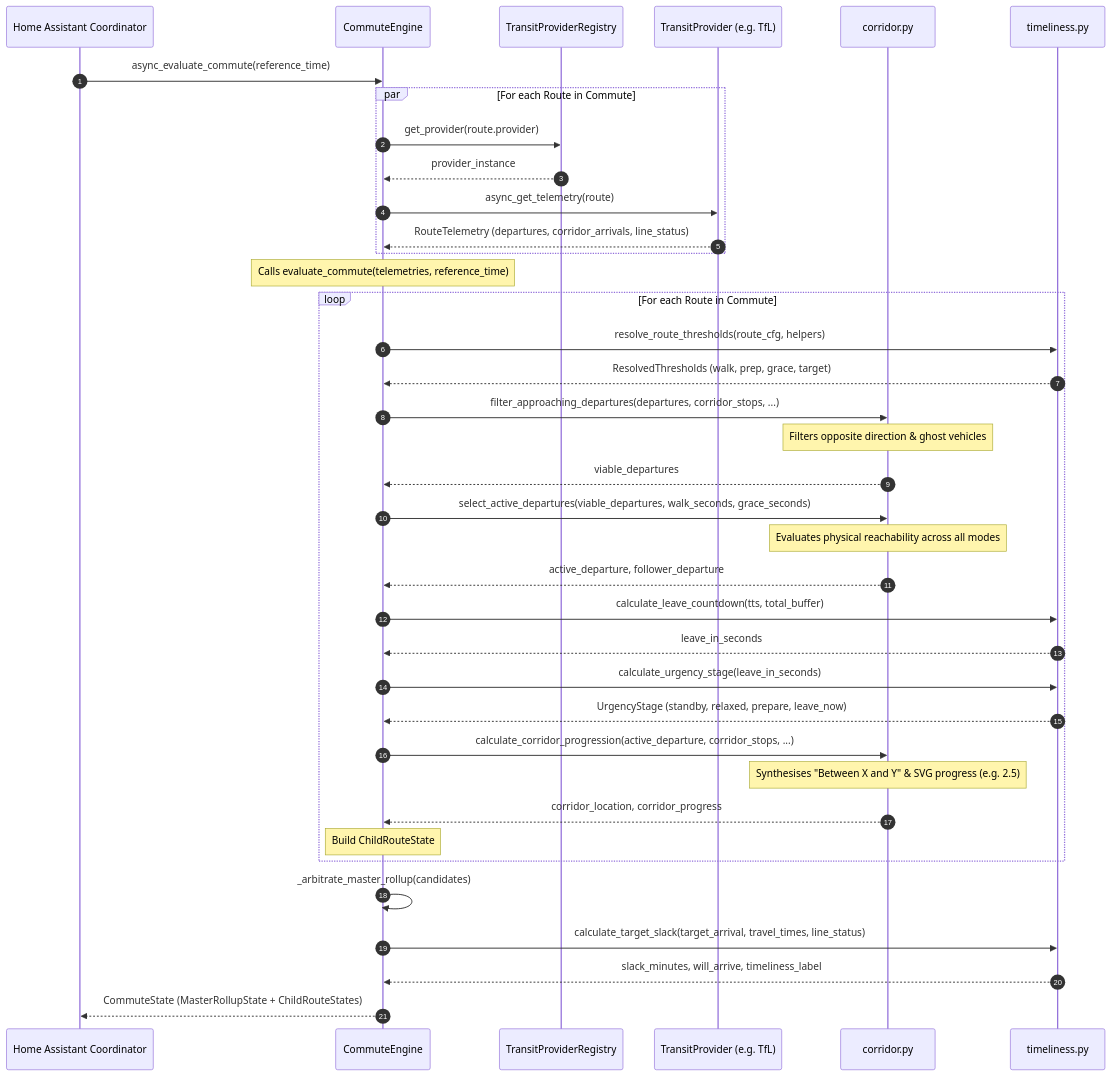
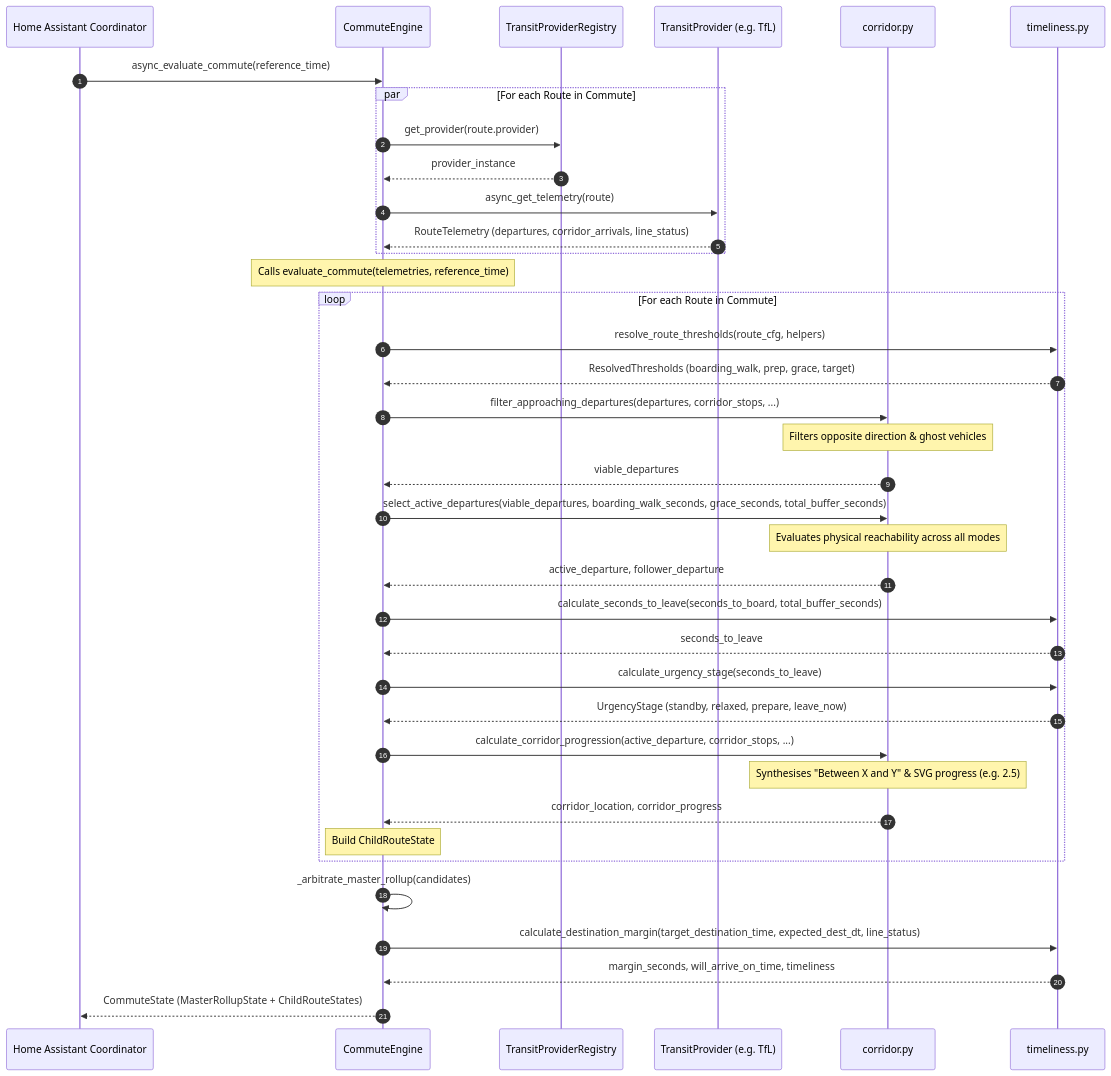
One commit to marcelkornblum/ha-commute-tracker changed the diagram in docs/control-flow.md. Above: the diagram before and after it, drawn with Mermaid. The commit also changed other lines of this file and 35 other files, not shown here.

````diff
--- a/docs/control-flow.md
+++ b/docs/control-flow.md
@@ -9,52 +9,52 @@
 ```mermaid
 sequenceDiagram
     autonumber
     participant HA as Home Assistant Coordinator
     participant Eng as CommuteEngine
     participant Reg as TransitProviderRegistry
     participant Prov as TransitProvider (e.g. TfL)
     participant Corr as corridor.py
     participant Time as timeliness.py
 
     HA->>Eng: async_evaluate_commute(reference_time)
 
     par For each Route in Commute
         Eng->>Reg: get_provider(route.provider)
         Reg-->>Eng: provider_instance
         Eng->>Prov: async_get_telemetry(route)
         Prov-->>Eng: RouteTelemetry (departures, corridor_arrivals, line_status)
     end
 
     Note over Eng: Calls evaluate_commute(telemetries, reference_time)
 
     loop For each Route in Commute
         Eng->>Time: resolve_route_thresholds(route_cfg, helpers)
-        Time-->>Eng: ResolvedThresholds (walk, prep, grace, target)
+        Time-->>Eng: ResolvedThresholds (boarding_walk, prep, grace, target)
 
         Eng->>Corr: filter_approaching_departures(departures, corridor_stops, ...)
         Note over Corr: Filters opposite direction & ghost vehicles
         Corr-->>Eng: viable_departures
 
-        Eng->>Corr: select_active_departures(viable_departures, walk_seconds, grace_seconds)
+        Eng->>Corr: select_active_departures(viable_departures, boarding_walk_seconds, grace_seconds, total_buffer_seconds)
         Note over Corr: Evaluates physical reachability across all modes
         Corr-->>Eng: active_departure, follower_departure
 
-        Eng->>Time: calculate_leave_countdown(tts, total_buffer)
-        Time-->>Eng: leave_in_seconds
+        Eng->>Time: calculate_seconds_to_leave(seconds_to_board, total_buffer_seconds)
+        Time-->>Eng: seconds_to_leave
 
-        Eng->>Time: calculate_urgency_stage(leave_in_seconds)
+        Eng->>Time: calculate_urgency_stage(seconds_to_leave)
         Time-->>Eng: UrgencyStage (standby, relaxed, prepare, leave_now)
 
         Eng->>Corr: calculate_corridor_progression(active_departure, corridor_stops, ...)
         Note over Corr: Synthesises "Between X and Y" & SVG progress (e.g. 2.5)
         Corr-->>Eng: corridor_location, corridor_progress
 
         Note over Eng: Build ChildRouteState
     end
 
     Eng->>Eng: _arbitrate_master_rollup(candidates)
-    Eng->>Time: calculate_target_slack(target_arrival, travel_times, line_status)
-    Time-->>Eng: slack_minutes, will_arrive, timeliness_label
+    Eng->>Time: calculate_destination_margin(target_destination_time, expected_dest_dt, line_status)
+    Time-->>Eng: margin_seconds, will_arrive_on_time, timeliness
 
     Eng-->>HA: CommuteState (MasterRollupState + ChildRouteStates)
 ```
````
